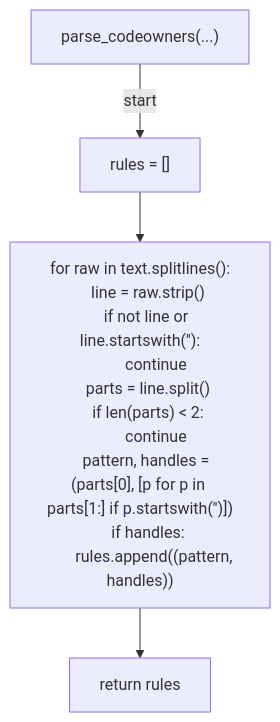
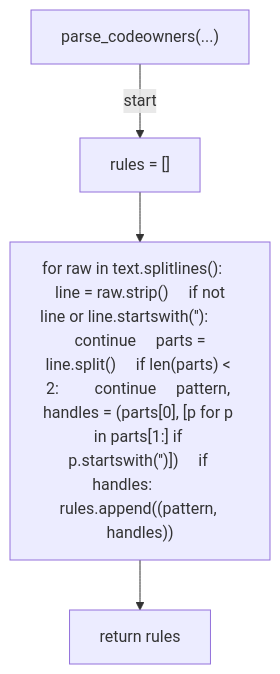
One commit to tvna/claude-md changed the first of 9 diagrams in docs/generated/scripts/ast/plan_language_context.md. Above: the diagram before and after it, drawn with Mermaid. The commit also changed other lines of this file and 30 other files, not shown here.

First line of the commit message:
docs(generated): regenerate decision tree and workflow diagrams (batch 2/5)

````diff
--- a/docs/generated/scripts/ast/plan_language_context.md
+++ b/docs/generated/scripts/ast/plan_language_context.md
@@ -7,19 +7,10 @@
 ```mermaid
 flowchart TD
     N001["parse_codeowners(...)"]
     N002["rules = []"]
-    N003["for raw in text.splitlines():
-    line = raw.strip()
-    if not line or line.startswith('<str>'):
-        continue
-    parts = line.split()
-    if len(parts) < 2:
-        continue
-    pattern, handles = (parts[0], [p for p in parts[1:] if p.startswith('<str>')])
-    if handles:
-        rules.append((pattern, handles))"]
+    N003["for raw in text.splitlines():     line = raw.strip()     if not line or line.startswith('<str>'):         continue     parts = line.split()     if len(parts) < 2:         continue     pattern, handles = (parts[0], [p for p in parts[1:] if p.startswith('<str>')])     if handles:         rules.append((pattern, handles))"]
     N004["return rules"]
     N001 -->|"start"| N002
     N002 --> N003
     N003 --> N004
 ```
````
